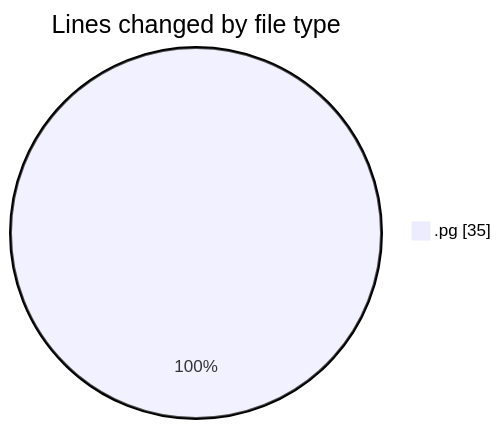
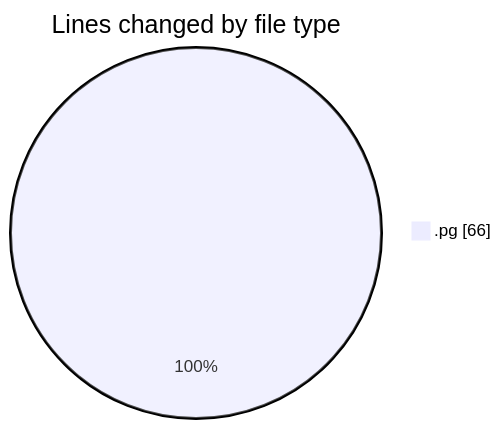
The first of 2 diagrams in 2025-05-19/fluxsdk-v0_4_0/README.md (charlie-sans/code-tracking), drawn with Mermaid before and after one commit. The commit also changed other lines of this file and 1 other file, not shown here.

````diff
--- a/2025-05-19/fluxsdk-v0_4_0/README.md
+++ b/2025-05-19/fluxsdk-v0_4_0/README.md
@@ -20,5 +20,5 @@
 ```mermaid
 pie showData
 title Lines changed by file type
-".pg" : 35
+".pg" : 66
 ```
````
